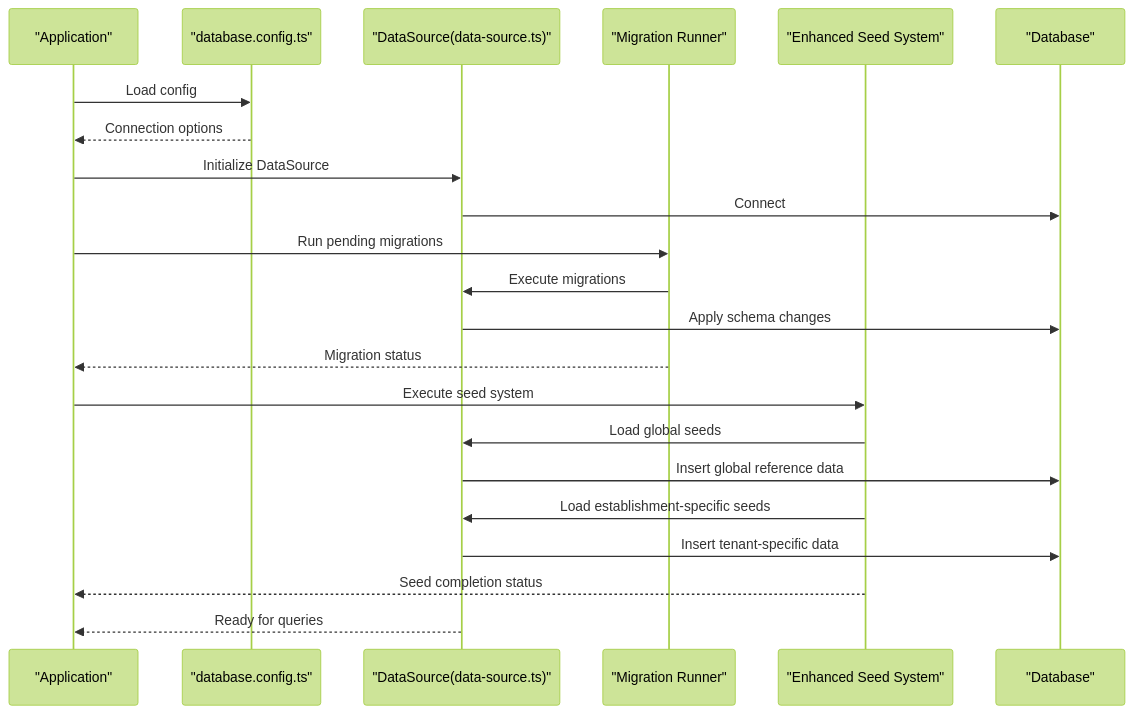
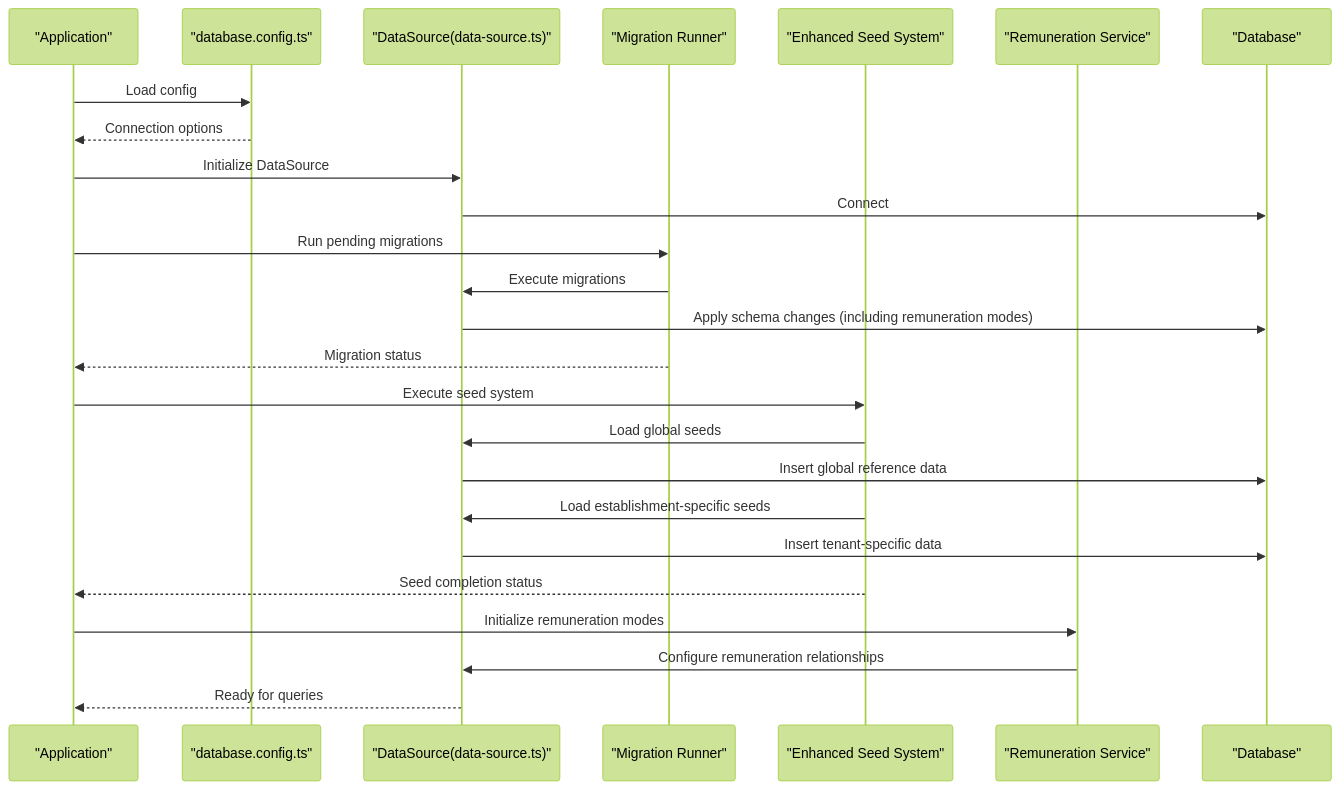
One commit to franckylab/eLISAschool changed the second of 6 diagrams in .qoder/repowiki/en/content/System Architecture/Backend Architecture/Database Layer & TypeORM Implementation.md. Above: the diagram before and after it, drawn with Mermaid (forest theme). The commit also changed other lines of this file and 102 other files, not shown here.

````diff
--- a/.qoder/repowiki/en/content/System Architecture/Backend Architecture/Database Layer & TypeORM Implementation.md
+++ b/.qoder/repowiki/en/content/System Architecture/Backend Architecture/Database Layer & TypeORM Implementation.md
@@ -160,24 +184,27 @@
 ```mermaid
 sequenceDiagram
 participant App as "Application"
 participant Config as "database.config.ts"
 participant DS as "DataSource(data-source.ts)"
 participant Migrator as "Migration Runner"
 participant Seeder as "Enhanced Seed System"
+participant RemunerationService as "Remuneration Service"
 participant DB as "Database"
 App->>Config : Load config
 Config-->>App : Connection options
 App->>DS : Initialize DataSource
 DS->>DB : Connect
 App->>Migrator : Run pending migrations
 Migrator->>DS : Execute migrations
-DS->>DB : Apply schema changes
+DS->>DB : Apply schema changes (including remuneration modes)
 Migrator-->>App : Migration status
 App->>Seeder : Execute seed system
 Seeder->>DS : Load global seeds
 DS->>DB : Insert global reference data
 Seeder->>DS : Load establishment-specific seeds
 DS->>DB : Insert tenant-specific data
 Seeder-->>App : Seed completion status
+App->>RemunerationService : Initialize remuneration modes
+RemunerationService->>DS : Configure remuneration relationships
 DS-->>App : Ready for queries
 ```
````
